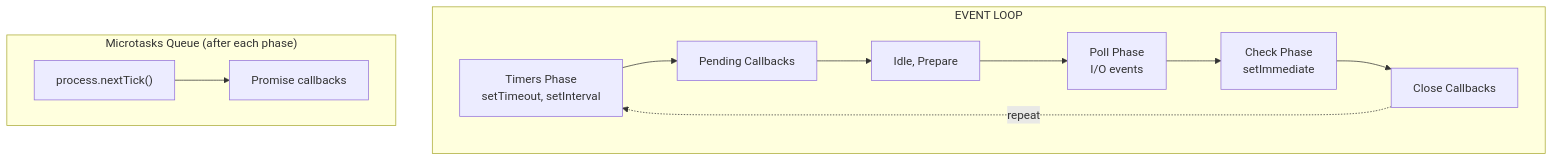
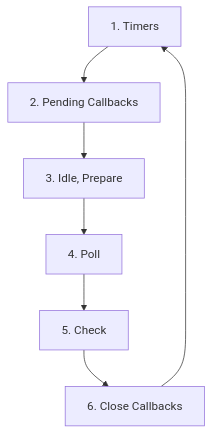
The second of 2 diagrams in src/content/en/backend/nodejs/event-loop.md (Mrnobody102/it-interview-prep), drawn with Mermaid before and after one commit. The commit also changed other lines of this file and 43 other files, not shown here.

````diff
--- a/src/content/en/backend/nodejs/event-loop.md
+++ b/src/content/en/backend/nodejs/event-loop.md
@@ -22,18 +80,10 @@
 ```mermaid
 flowchart TD
-    subgraph EL["EVENT LOOP"]
-        T["Timers Phase<br>setTimeout, setInterval"]
-        P["Pending Callbacks"]
-        IP["Idle, Prepare"]
-        POLL["Poll Phase<br>I/O events"]
-        CHK["Check Phase<br>setImmediate"]
-        CL["Close Callbacks"]
-    end
-    T --> P --> IP --> POLL --> CHK --> CL
-    CL -.->|"repeat"| T
-    subgraph MICRO["Microtasks Queue (after each phase)"]
-        NT["process.nextTick()"]
-        PROM["Promise callbacks"]
-    end
-    NT --> PROM
+    T["1. Timers"]
+    P["2. Pending Callbacks"]
+    I["3. Idle, Prepare"]
+    PO["4. Poll"]
+    C["5. Check"]
+    CL["6. Close Callbacks"]
+    T --> P --> I --> PO --> C --> CL --> T
 ```
````
